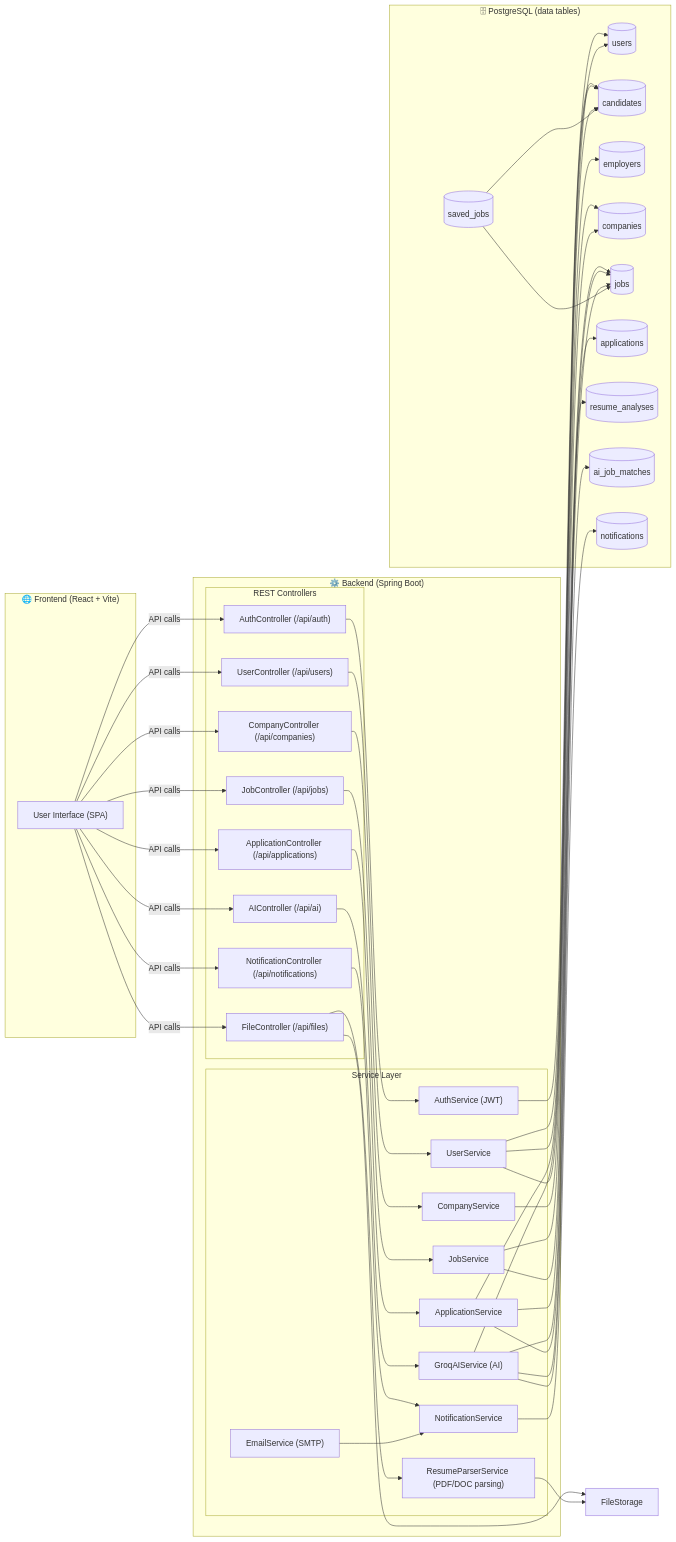
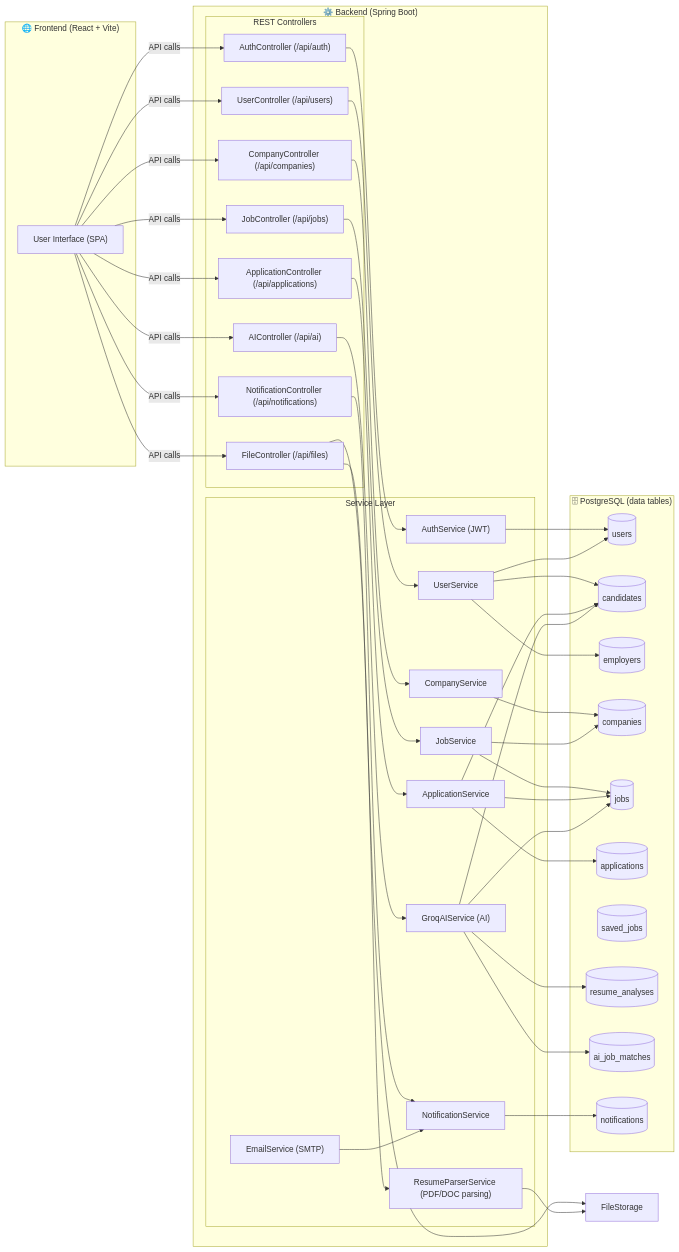
One commit to parthibCsaha/Job-Portal changed the first of 3 diagrams in README.md. Above: the diagram before and after it, drawn with Mermaid.

````diff
--- a/README.md
+++ b/README.md
@@ -133,8 +133,4 @@
     NotificationService --> Notifications
     EmailService --> NotificationService
 
-    %% Saved jobs relation
-    SavedJobs --> Candidates
-    SavedJobs --> Jobs
-
 ```
````
